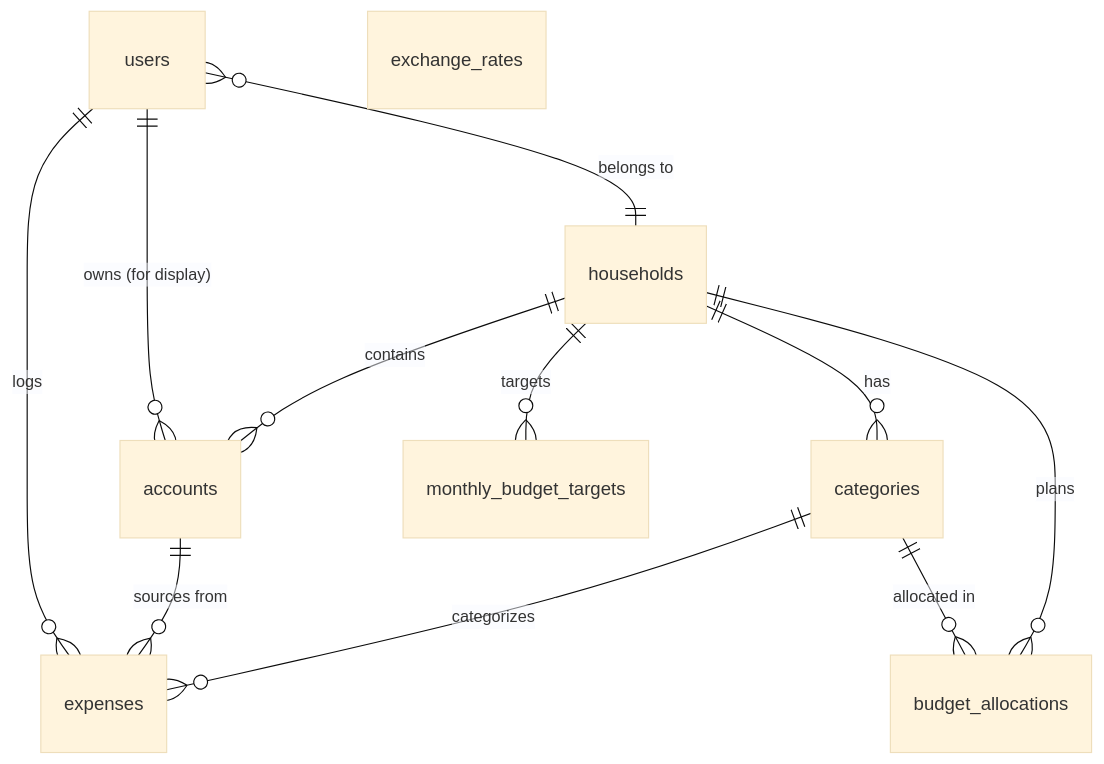
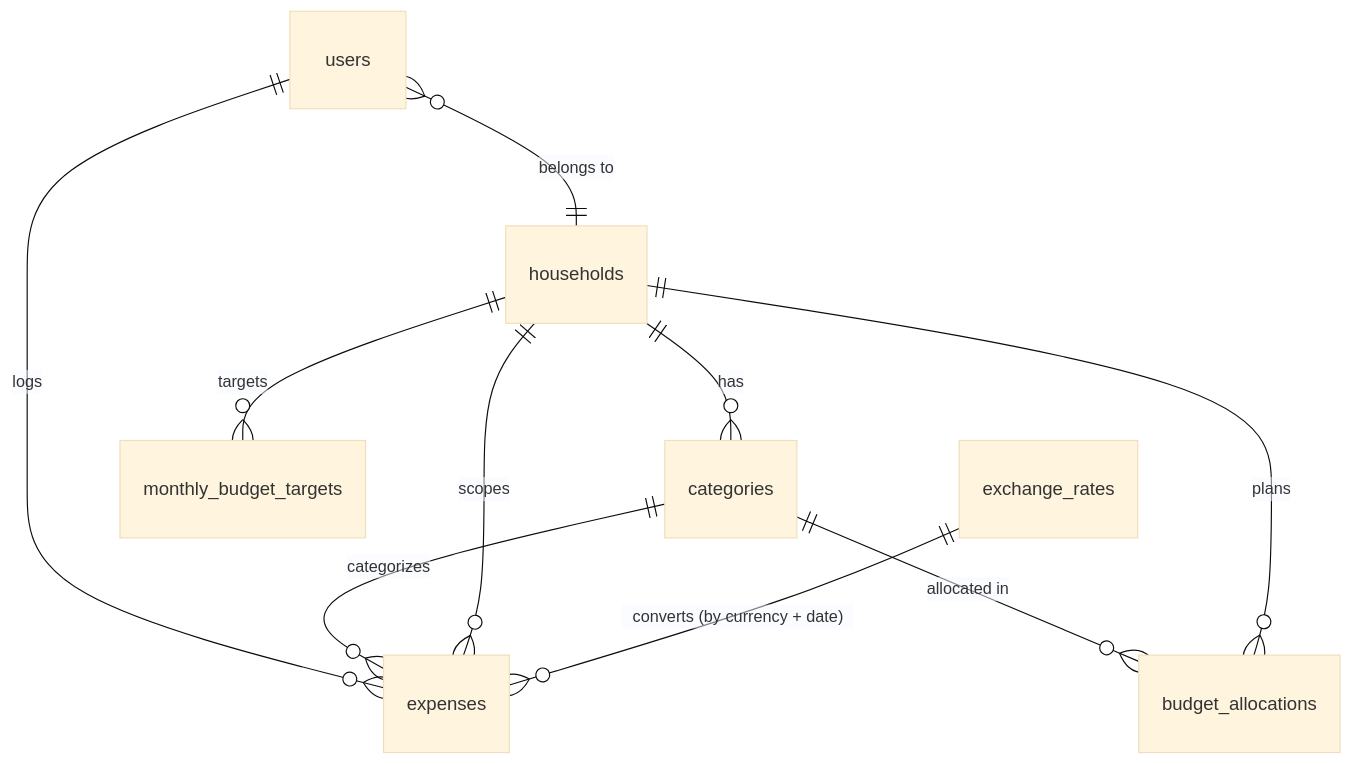
The diagram in DATA_MODEL.md (tucared/quick-budget), drawn with Mermaid (base theme) before and after one commit. The commit also changed other lines of this file and 4 other files, not shown here.

````diff
--- a/DATA_MODEL.md
+++ b/DATA_MODEL.md
@@ -9,25 +9,15 @@
 ```mermaid
 erDiagram
     users }o--|| households : "belongs to"
     users ||--o{ expenses : "logs"
-    users ||--o{ accounts : "owns (for display)"
-
-    accounts ||--o{ expenses : "sources from"
 
     categories ||--o{ expenses : "categorizes"
     categories ||--o{ budget_allocations : "allocated in"
 
-    households ||--o{ accounts : "contains"
     households ||--o{ categories : "has"
+    households ||--o{ expenses : "scopes"
     households ||--o{ budget_allocations : "plans"
     households ||--o{ monthly_budget_targets : "targets"
 
-    users
-    households
-    categories
-    budget_allocations
-    monthly_budget_targets
-    expenses
-    accounts
-    exchange_rates
+    exchange_rates ||--o{ expenses : "converts (by currency + date)"
 ```
````
